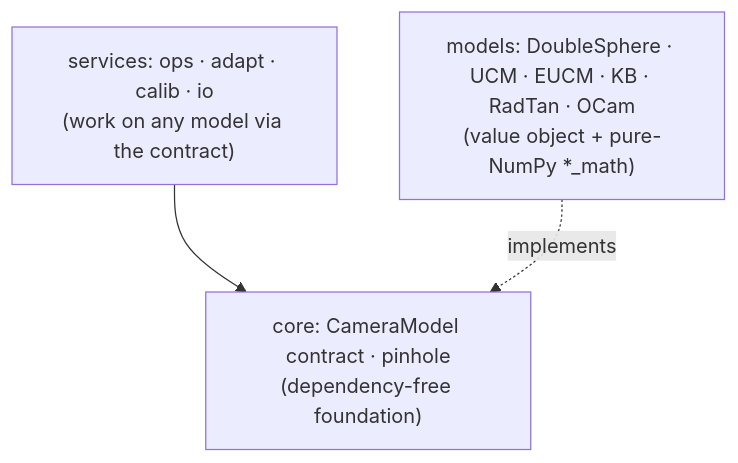
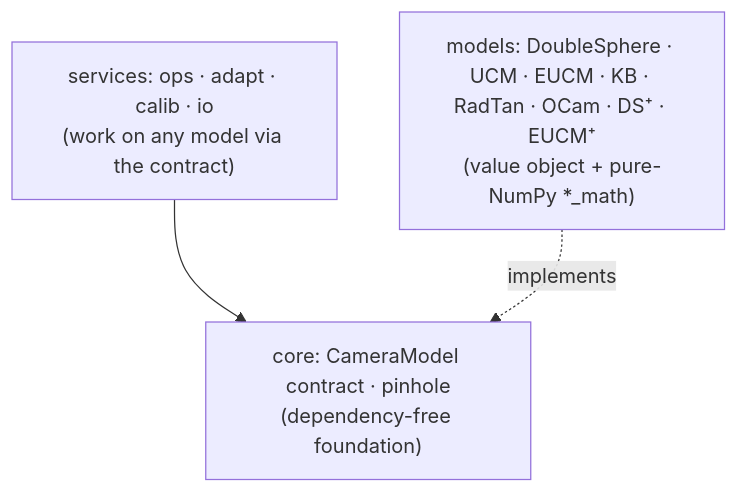
The diagram in README.md (Neural-Sorcerer/DS-MSP), drawn with Mermaid before and after one commit. The commit also changed other lines of this file and 11 other files, not shown here.

First line of the commit message:
feat(models): add DS+ and EUCM+ closed-form-invertible camera models (#28)

````diff
--- a/README.md
+++ b/README.md
@@ -185,8 +185,8 @@
 ```mermaid
 graph TD
     services["services: ops · adapt · calib · io<br/>(work on any model via the contract)"]
-    models["models: DoubleSphere · UCM · EUCM · KB · RadTan · OCam<br/>(value object + pure-NumPy *_math)"]
+    models["models: DoubleSphere · UCM · EUCM · KB · RadTan · OCam · DS⁺ · EUCM⁺<br/>(value object + pure-NumPy *_math)"]
     core["core: CameraModel contract · pinhole<br/>(dependency-free foundation)"]
     services --> core
     models -. implements .-> core
 ```
````
